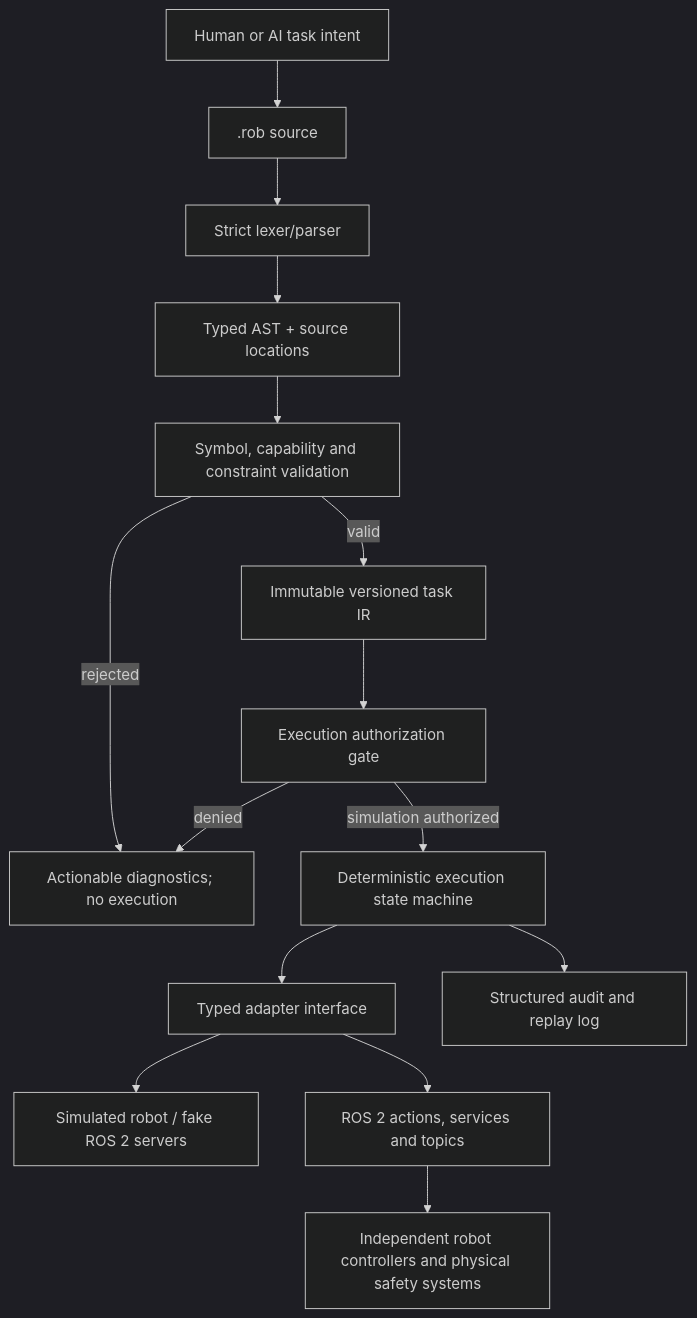
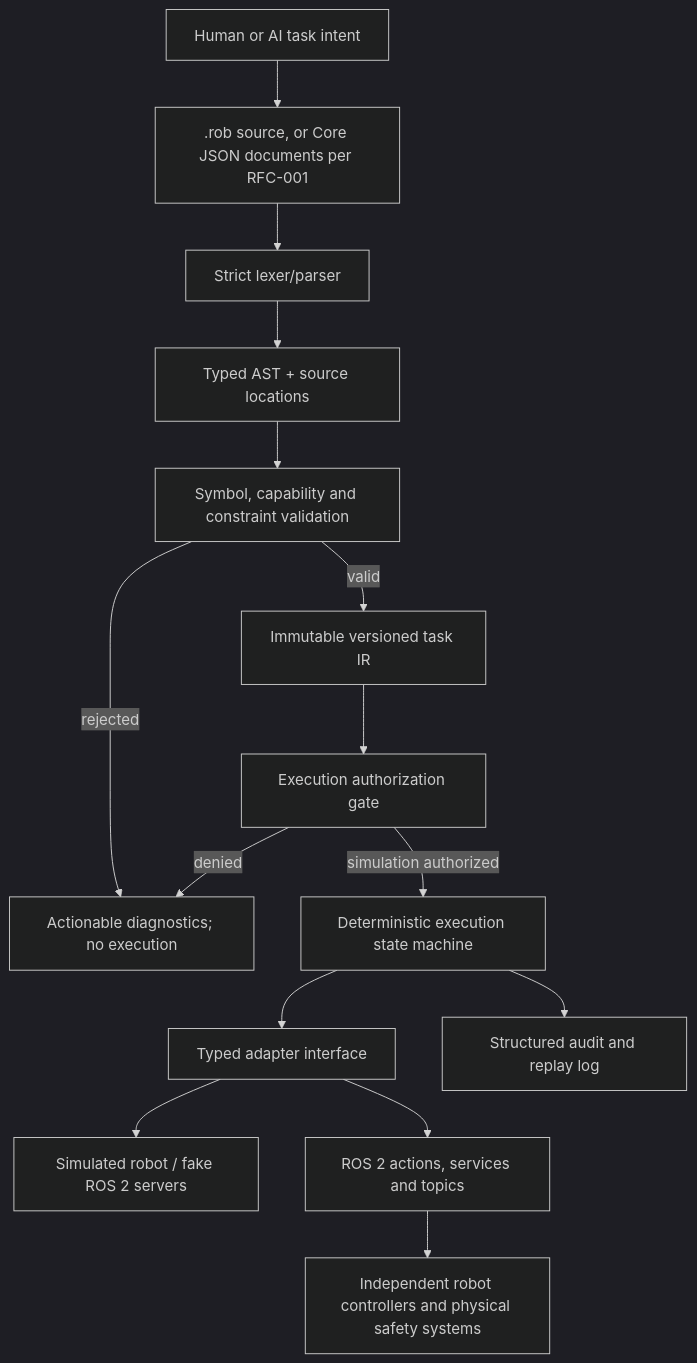
Before and after one commit to rokorobot/RoboLang: the diagram in docs/DEVELOPMENT_PLAN.md, drawn with Mermaid (dark theme). The commit also changed other lines of this file, not shown here.

First line of the commit message:
Align the development plan with approved RFC-001

````diff
--- a/docs/DEVELOPMENT_PLAN.md
+++ b/docs/DEVELOPMENT_PLAN.md
@@ -50,17 +57,17 @@
 ```mermaid
 flowchart TD
-  H[Human or AI task intent] --> P[.rob source]
+  H[Human or AI task intent] --> P[.rob source, or Core JSON documents per RFC-001]
   P --> L[Strict lexer/parser]
   L --> A[Typed AST + source locations]
   A --> S[Symbol, capability and constraint validation]
   S -->|rejected| E[Actionable diagnostics; no execution]
   S -->|valid| IR[Immutable versioned task IR]
   IR --> G[Execution authorization gate]
   G -->|denied| E
   G -->|simulation authorized| R[Deterministic execution state machine]
   R --> B[Typed adapter interface]
   B --> SIM[Simulated robot / fake ROS 2 servers]
   B --> ROS[ROS 2 actions, services and topics]
   ROS --> C[Independent robot controllers and physical safety systems]
   R --> AUD[Structured audit and replay log]
 ```
````
